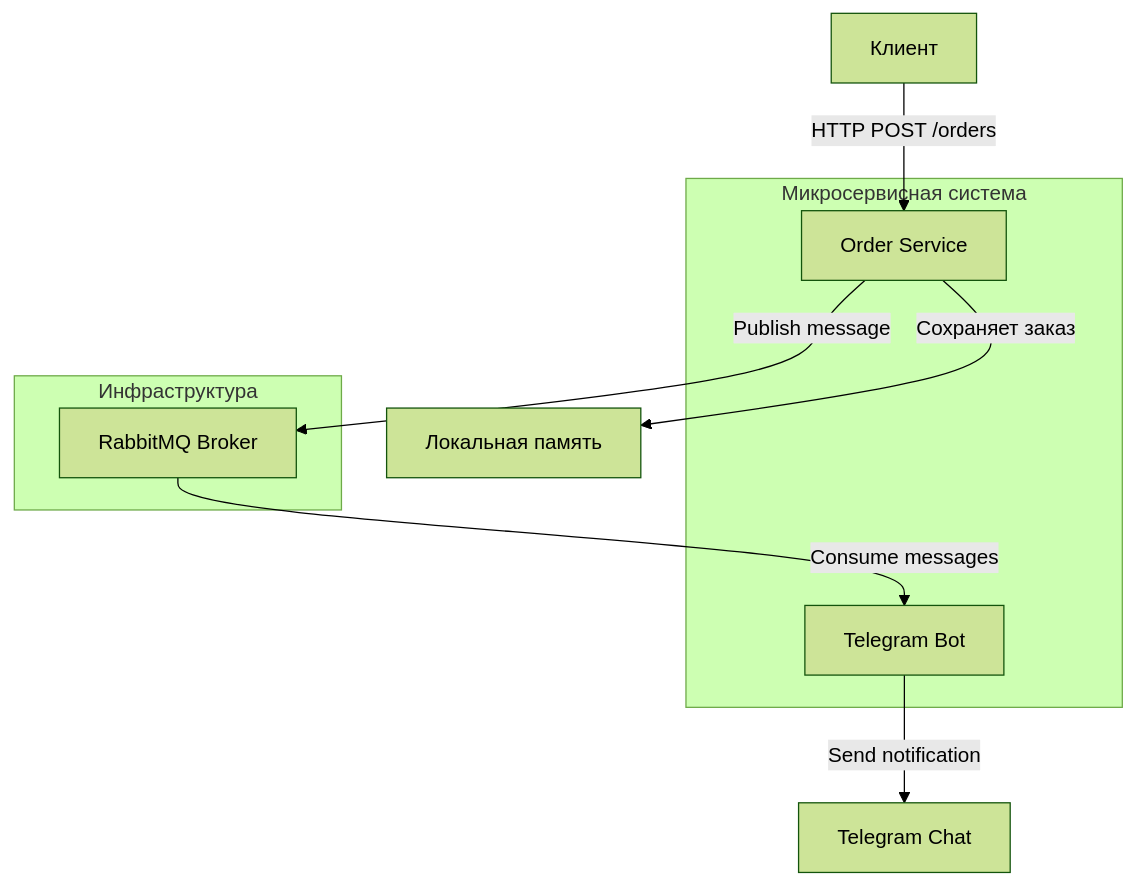
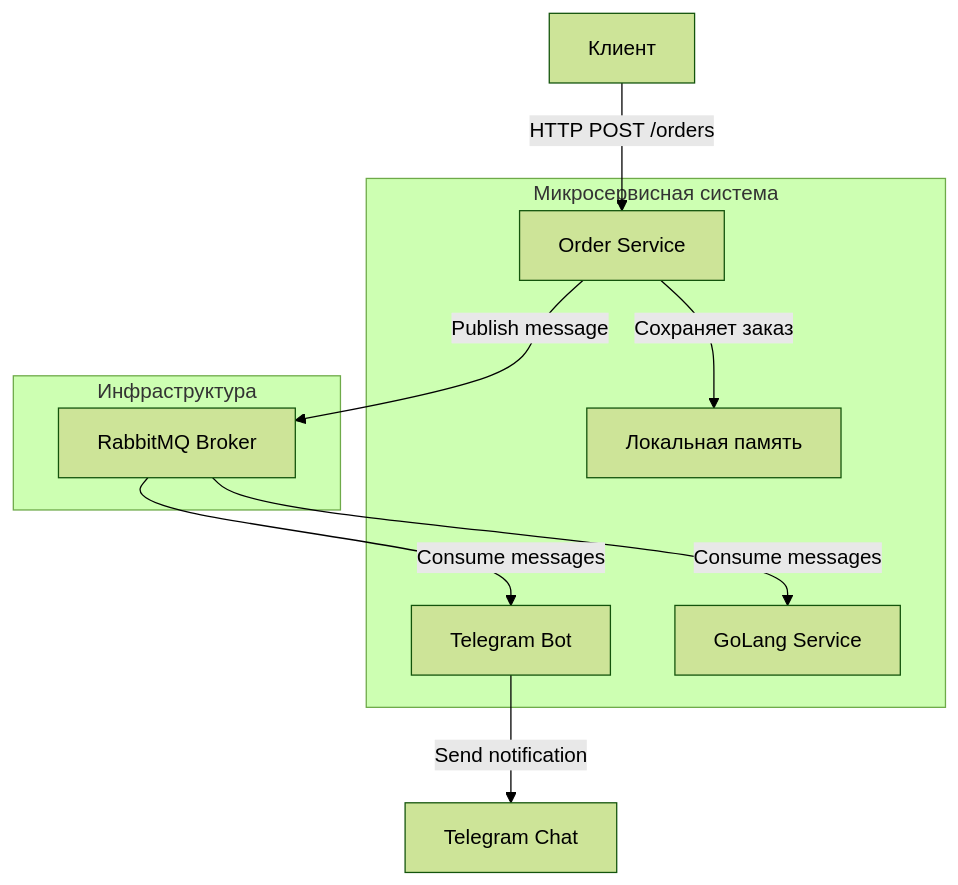
One commit to artemmj/PyRabbitMQService changed the diagram in README.md. Above: the diagram before and after it, drawn with Mermaid (forest theme).

````diff
--- a/README.md
+++ b/README.md
@@ -13,17 +13,20 @@
 ```mermaid
 graph TD
     A[Клиент] -->|HTTP POST /orders| B[Order Service]
     B -->|Сохраняет заказ| C[Локальная память]
     B -->|Publish message| D[RabbitMQ]
     D -->|Consume messages| E[Telegram Bot]
+    D -->|Consume messages| G[GoLang Service]
     E -->|Send notification| F[Telegram Chat]
     
     subgraph "Микросервисная система"
         B
+        C
+        G
         E
     end
     
     subgraph "Инфраструктура"
         D[RabbitMQ Broker]
     end
 ```
````
